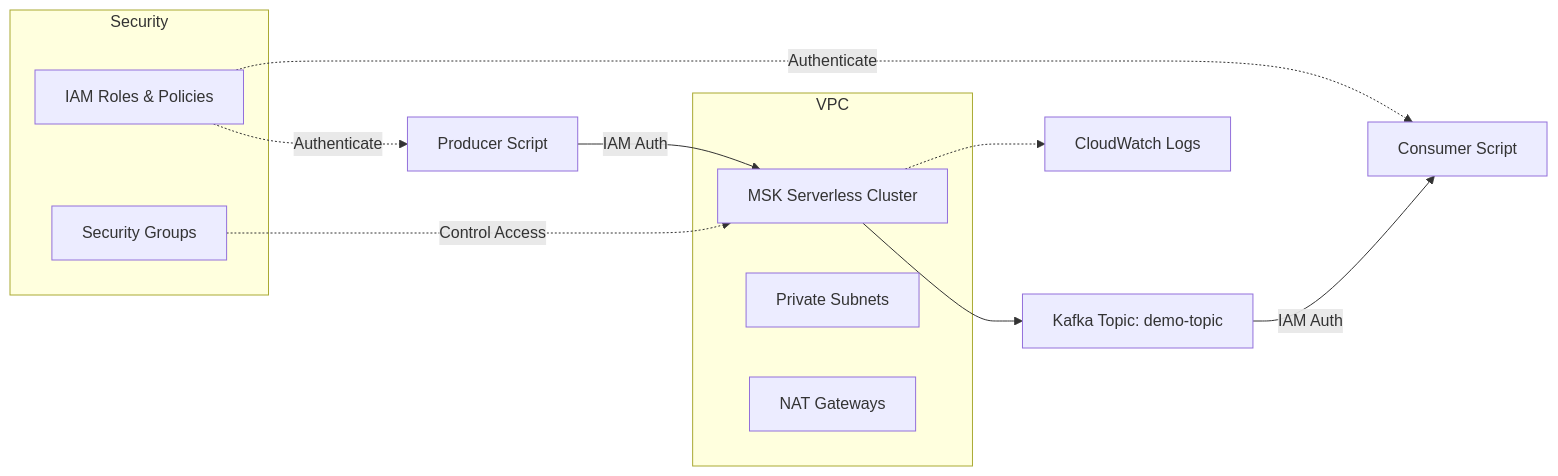
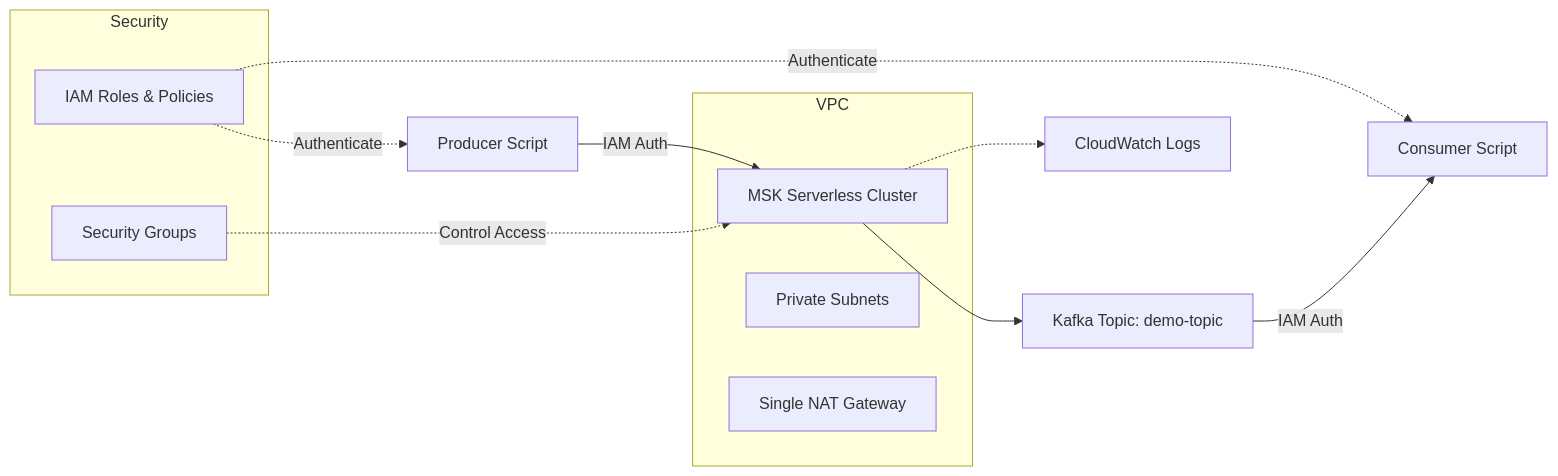
Before and after one commit to saranreddy/aws-msk-kafka-starter: the diagram in README.md, drawn with Mermaid. The commit also changed other lines of this file and 5 other files, not shown here.

````diff
--- a/README.md
+++ b/README.md
@@ -11,23 +11,23 @@
 ```mermaid
 graph LR
     A[Producer Script] -->|IAM Auth| B[MSK Serverless Cluster]
     B --> C[Kafka Topic: demo-topic]
     C -->|IAM Auth| D[Consumer Script]
     
     B -.-> E[CloudWatch Logs]
     
     subgraph VPC
         B
         F[Private Subnets]
-        G[NAT Gateways]
+        G[Single NAT Gateway]
     end
     
     subgraph Security
         H[IAM Roles & Policies]
         I[Security Groups]
     end
     
     H -.->|Authenticate| A
     H -.->|Authenticate| D
     I -.->|Control Access| B
 ```
````
